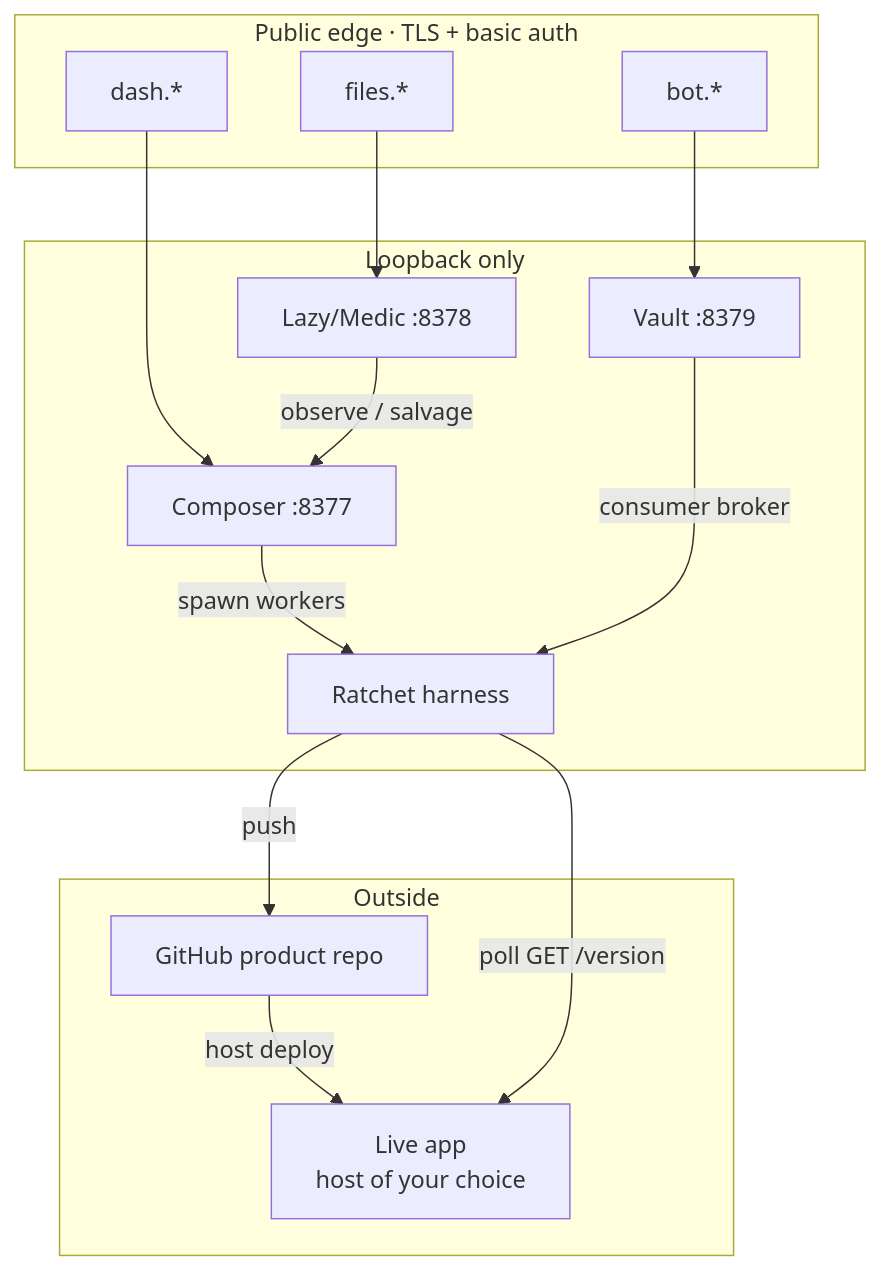
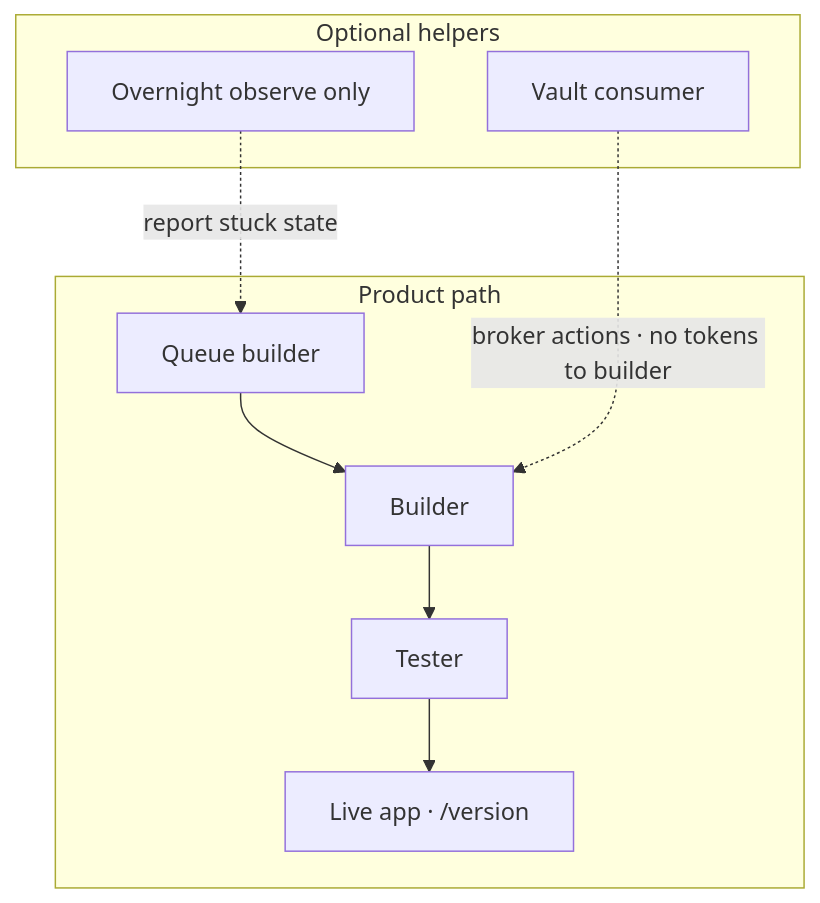
Before and after one commit to southu/vygo: the second of 6 diagrams in content/vibe-coding/ratchet-guide/diagrams.md, drawn with Mermaid. The commit also changed other lines of this file and 42 other files, not shown here.

````diff
--- a/content/vibe-coding/ratchet-guide/diagrams.md
+++ b/content/vibe-coding/ratchet-guide/diagrams.md
@@ -34,30 +34,18 @@
 ```mermaid
 flowchart TB
-  subgraph edge [Public edge · TLS + basic auth]
-    DASH[dash.*]
-    FILES[files.*]
-    BOT[bot.*]
+  subgraph product [Product path]
+    QB[Queue builder]
+    BL[Builder]
+    TS[Tester]
+    LIVE[Live app · /version]
   end
 
-  subgraph loopback [Loopback only]
-    C[Composer :8377]
-    L[Lazy/Medic :8378]
-    V[Vault :8379]
-    H[Ratchet harness]
+  subgraph helpers [Optional helpers]
+    V[Vault consumer]
+    NW[Overnight observe only]
   end
 
-  subgraph outside [Outside]
-    GH[GitHub product repo]
-    LIVE[Live app<br/>host of your choice]
-  end
-
-  DASH --> C
-  FILES --> L
-  BOT --> V
-  C -->|spawn workers| H
-  L -->|observe / salvage| C
-  V -->|consumer broker| H
-  H -->|push| GH
-  GH -->|host deploy| LIVE
-  H -->|poll GET /version| LIVE
+  QB --> BL --> TS --> LIVE
+  V -.->|broker actions · no tokens to builder| BL
+  NW -.->|report stuck state| QB
 ```
````
